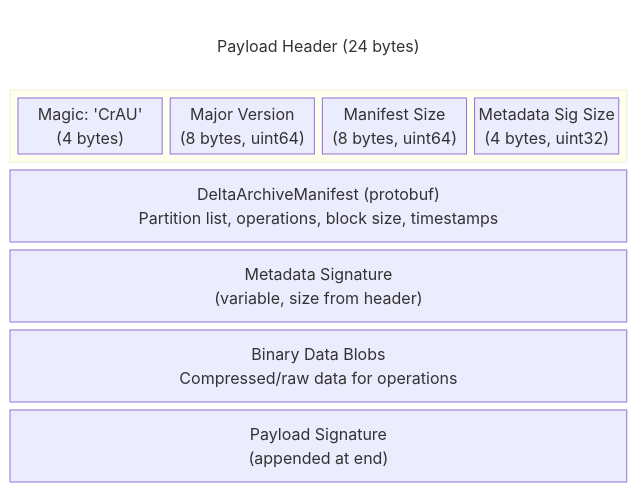
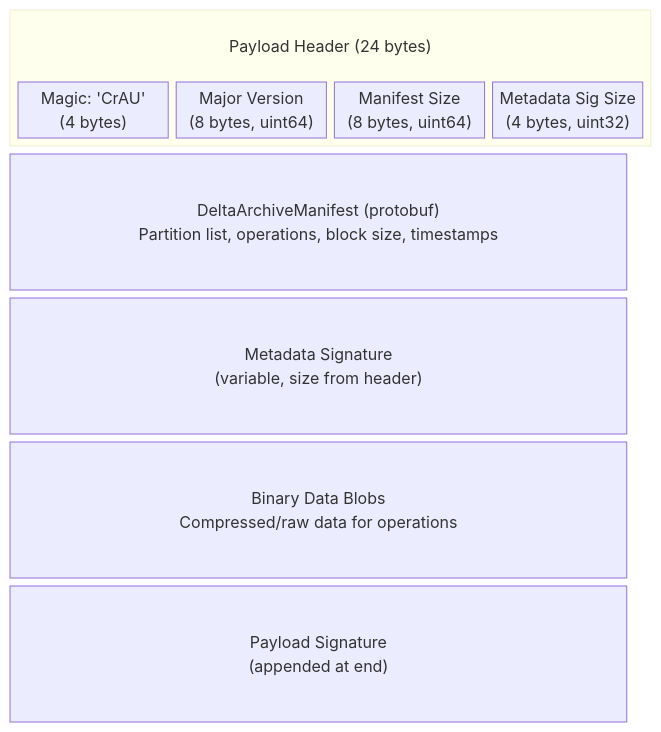
Before and after one commit to aospbooks/aosp-internal-book: the sixth of 36 diagrams in 53-ota-updates.md, drawn with Mermaid.

Commit message:
53-ota-updates: put 'Payload Header (24 bytes)' inside cells block
Move the label back into the cells rectangle as a transparent (no
fill, no border) row above the four header cells, so the parent
rectangle visually contains both the title and the four 4/8/8/4-byte
fields. The previous version had the label outside the rectangle.

````diff
--- a/53-ota-updates.md
+++ b/53-ota-updates.md
@@ -468,18 +468,18 @@
 ```mermaid
 block-beta
     columns 1
-    hdr_label["Payload Header (24 bytes)"]
     block:cells
         columns 4
+        hdr_label["Payload Header (24 bytes)"]:4
         magic["Magic: 'CrAU'<br/>(4 bytes)"]
         version["Major Version<br/>(8 bytes, uint64)"]
         manifest_size["Manifest Size<br/>(8 bytes, uint64)"]
         sig_size["Metadata Sig Size<br/>(4 bytes, uint32)"]
     end
     manifest["DeltaArchiveManifest (protobuf)<br/>Partition list, operations, block size, timestamps"]
     metadata_sig["Metadata Signature<br/>(variable, size from header)"]
     blobs["Binary Data Blobs<br/>Compressed/raw data for operations"]
     payload_sig["Payload Signature<br/>(appended at end)"]
     classDef titleOnly fill:transparent,stroke:transparent
     class hdr_label titleOnly
 ```
````
